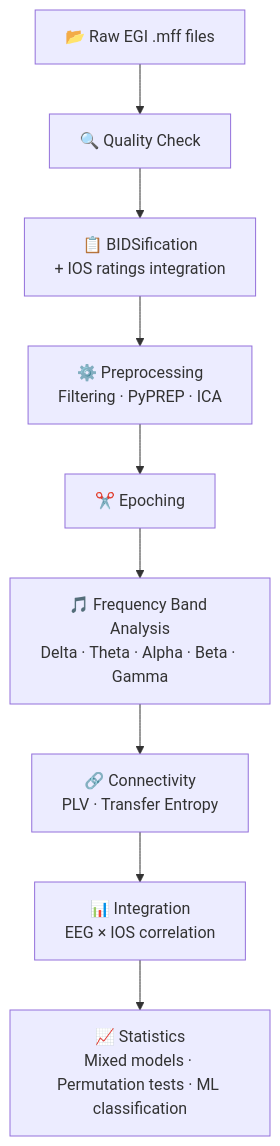
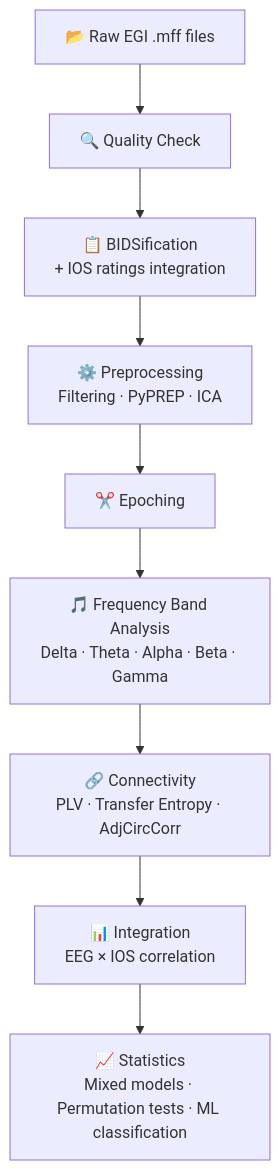
The diagram in README.md (anna-monnier/brainhack_2026), drawn with Mermaid before and after one commit. The commit also changed other lines of this file, not shown here.

Commit message:
Add protocol timeline diagram

````diff
--- a/README.md
+++ b/README.md
@@ -67,11 +67,11 @@
 ```mermaid
 flowchart TD
     A[📂 Raw EGI .mff files] --> B[🔍 Quality Check]
     B --> C[📋 BIDSification\n+ IOS ratings integration]
     C --> D[⚙️ Preprocessing\nFiltering · PyPREP · ICA]
     D --> E[✂️ Epoching]
     E --> F[🎵 Frequency Band Analysis\nDelta · Theta · Alpha · Beta · Gamma]
-    F --> G[🔗 Connectivity\nPLV · Transfer Entropy]
+    F --> G[🔗 Connectivity\nPLV · Transfer Entropy · AdjCircCorr]
     G --> H[📊 Integration\nEEG × IOS correlation]
     H --> I[📈 Statistics\nMixed models · Permutation tests · ML classification]
 ```
````
